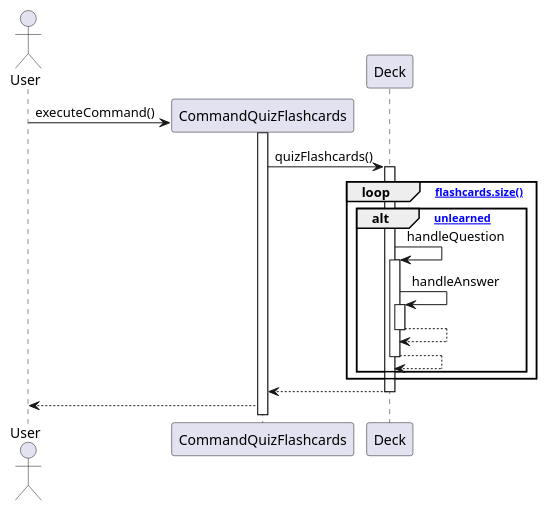
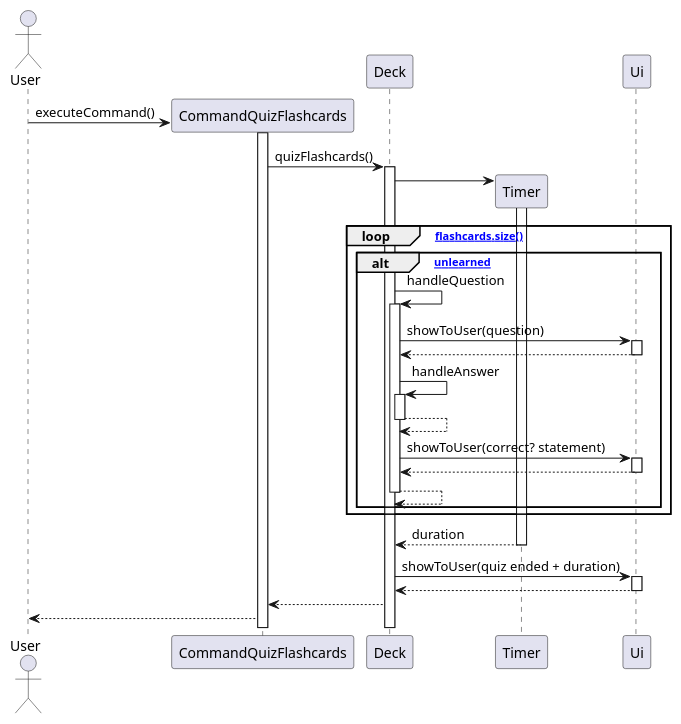
The diagram in docs/diagrams/QuizSequenceDiagram.puml (felfelyuen/tp), drawn with PlantUML before and after one commit. The commit also changed 9 other files, not shown here.

```diff
--- a/docs/diagrams/QuizSequenceDiagram.puml
+++ b/docs/diagrams/QuizSequenceDiagram.puml
@@ -1,19 +1,28 @@
 @startuml
 actor User
 User -> CommandQuizFlashcards **: executeCommand()
 CommandQuizFlashcards++
 CommandQuizFlashcards -> Deck++: quizFlashcards()
+Deck -> Timer **
+Timer ++
 loop [flashcards.size()]
     alt [unlearned]
     Deck -> Deck++: handleQuestion
+    Deck -> Ui++: showToUser(question)
+    return
     Deck -> Deck++: handleAnswer
+    return
+    Deck -> Ui++ : showToUser(correct? statement)
     return
     return
     end
 end
+return duration
+
+Deck -> Ui++ : showToUser(quiz ended + duration)
 return
-
+Deck --> CommandQuizFlashcards
 CommandQuizFlashcards --> User
 
 
 @enduml
```
